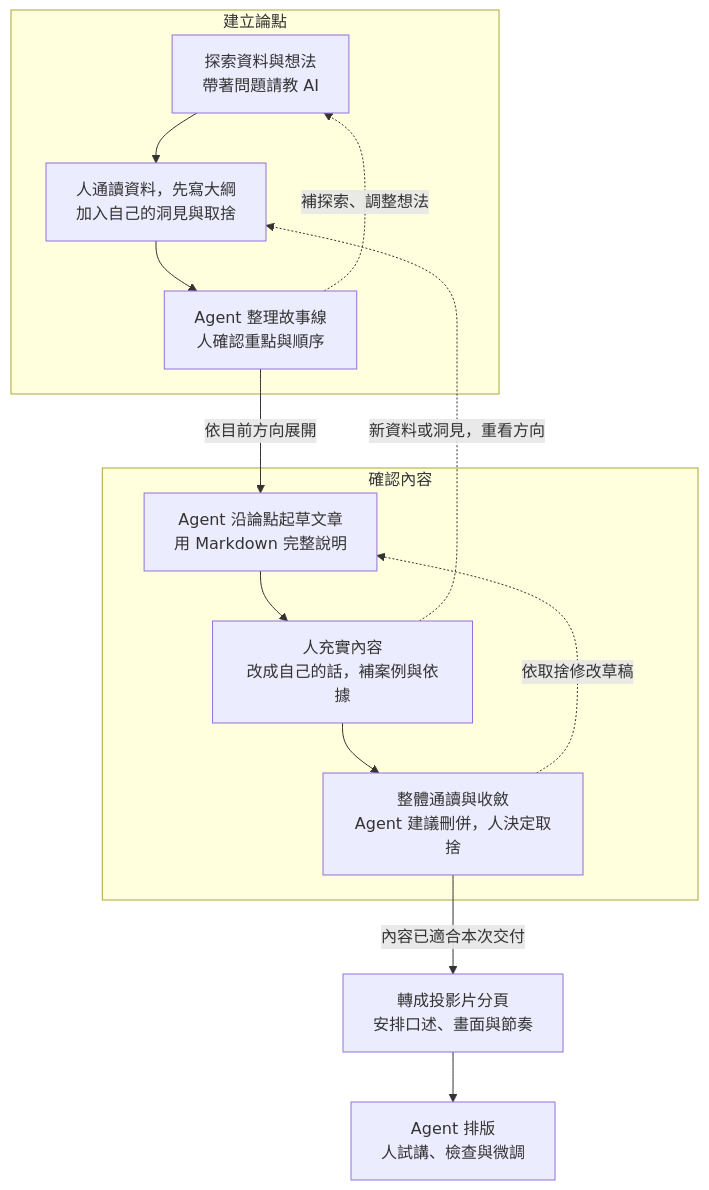
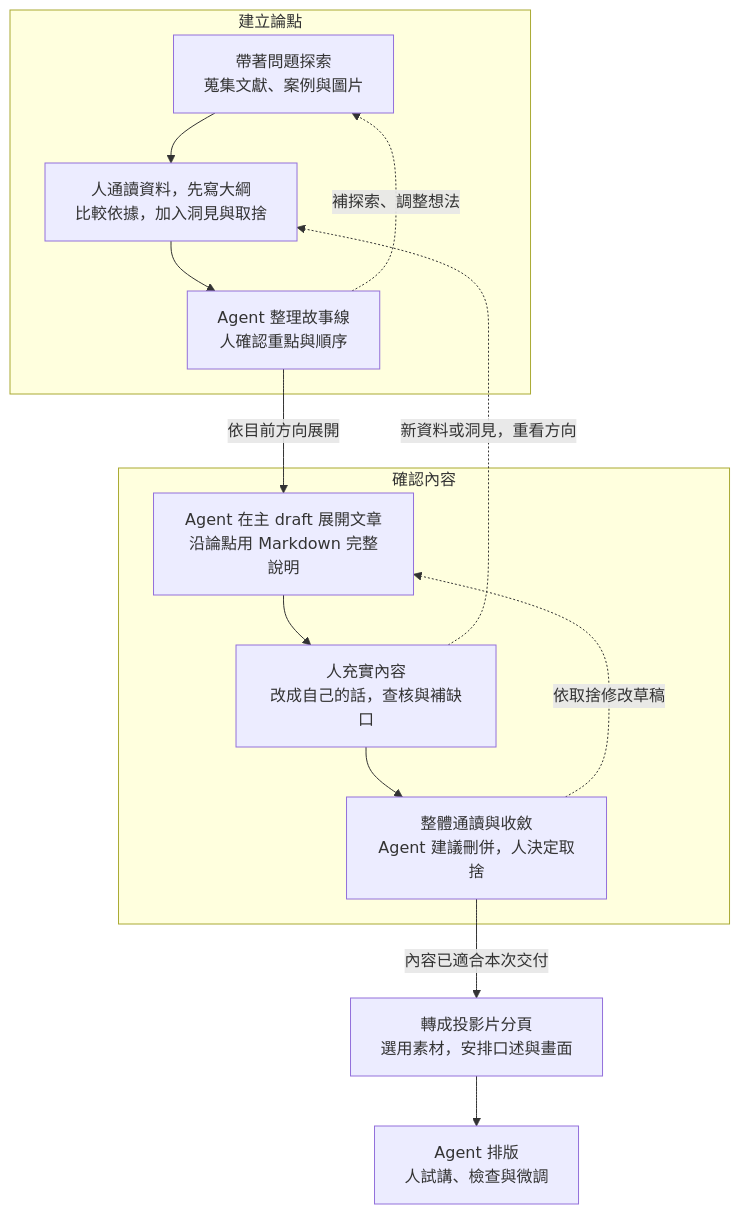
Before and after one commit to jimmy60504/agentic-knowledge-work: the diagram in lessons/01-presentation-and-the-knowledge-work-loop.qmd, drawn with Mermaid. The commit also changed other lines of this file and 14 other files, not shown here.

````diff
--- a/lessons/01-presentation-and-the-knowledge-work-loop.qmd
+++ b/lessons/01-presentation-and-the-knowledge-work-loop.qmd
@@ -61,21 +77,21 @@
 ```{mermaid}
 flowchart TD
     subgraph direction_loop["建立論點"]
-        A["探索資料與想法<br/>帶著問題請教 AI"] --> B["人通讀資料，先寫大綱<br/>加入自己的洞見與取捨"]
+        A["帶著問題探索<br/>蒐集文獻、案例與圖片"] --> B["人通讀資料，先寫大綱<br/>比較依據，加入洞見與取捨"]
         B --> C["Agent 整理故事線<br/>人確認重點與順序"]
         C -. 補探索、調整想法 .-> A
     end
 
     C -->|依目前方向展開| D
 
     subgraph content_loop["確認內容"]
-        D["Agent 沿論點起草文章<br/>用 Markdown 完整說明"] --> E["人充實內容<br/>改成自己的話，補案例與依據"]
+        D["Agent 在主 draft 展開文章<br/>沿論點用 Markdown 完整說明"] --> E["人充實內容<br/>改成自己的話，查核與補缺口"]
         E --> F["整體通讀與收斂<br/>Agent 建議刪併，人決定取捨"]
         F -. 依取捨修改草稿 .-> D
     end
 
     E -. 新資料或洞見，重看方向 .-> B
 
-    F -->|內容已適合本次交付| H["轉成投影片分頁<br/>安排口述、畫面與節奏"]
+    F -->|內容已適合本次交付| H["轉成投影片分頁<br/>選用素材，安排口述與畫面"]
     H --> G["Agent 排版<br/>人試講、檢查與微調"]
 ```
````
